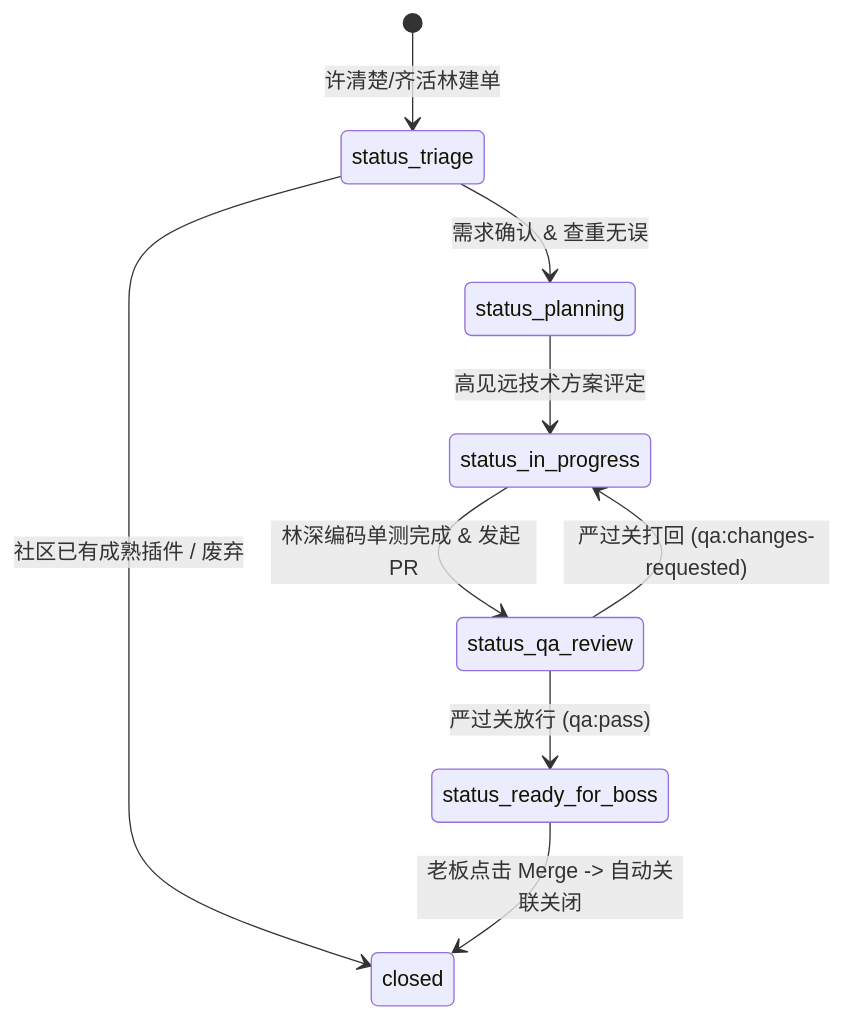
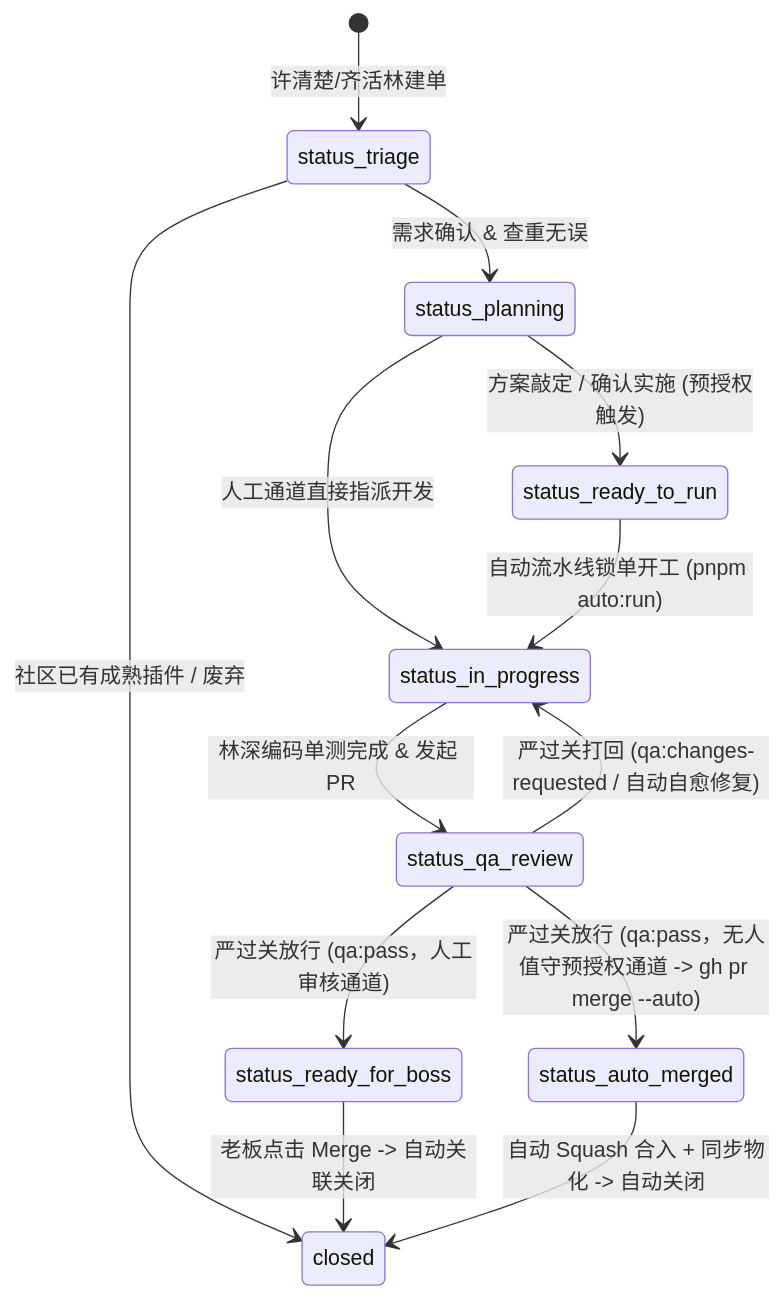
One commit to laozhong86/omnimux-dsh changed the diagram in docs/contracts/agent-issue-lifecycle.md. Above: the diagram before and after it, drawn with Mermaid. The commit also changed other lines of this file and 8 other files, not shown here.

````diff
--- a/docs/contracts/agent-issue-lifecycle.md
+++ b/docs/contracts/agent-issue-lifecycle.md
@@ -54,11 +67,15 @@
 ```mermaid
 stateDiagram-v2
     [*] --> status_triage: 许清楚/齐活林建单
     status_triage --> status_planning: 需求确认 & 查重无误
     status_triage --> closed: 社区已有成熟插件 / 废弃
-    status_planning --> status_in_progress: 高见远技术方案评定
+    status_planning --> status_ready_to_run: 方案敲定 / 确认实施 (预授权触发)
+    status_planning --> status_in_progress: 人工通道直接指派开发
+    status_ready_to_run --> status_in_progress: 自动流水线锁单开工 (pnpm auto:run)
     status_in_progress --> status_qa_review: 林深编码单测完成 & 发起 PR
-    status_qa_review --> status_in_progress: 严过关打回 (qa:changes-requested)
-    status_qa_review --> status_ready_for_boss: 严过关放行 (qa:pass)
+    status_qa_review --> status_in_progress: 严过关打回 (qa:changes-requested / 自动自愈修复)
+    status_qa_review --> status_ready_for_boss: 严过关放行 (qa:pass，人工审核通道)
+    status_qa_review --> status_auto_merged: 严过关放行 (qa:pass，无人值守预授权通道 -> gh pr merge --auto)
     status_ready_for_boss --> closed: 老板点击 Merge -> 自动关联关闭
+    status_auto_merged --> closed: 自动 Squash 合入 + 同步物化 -> 自动关闭
 ```
````
